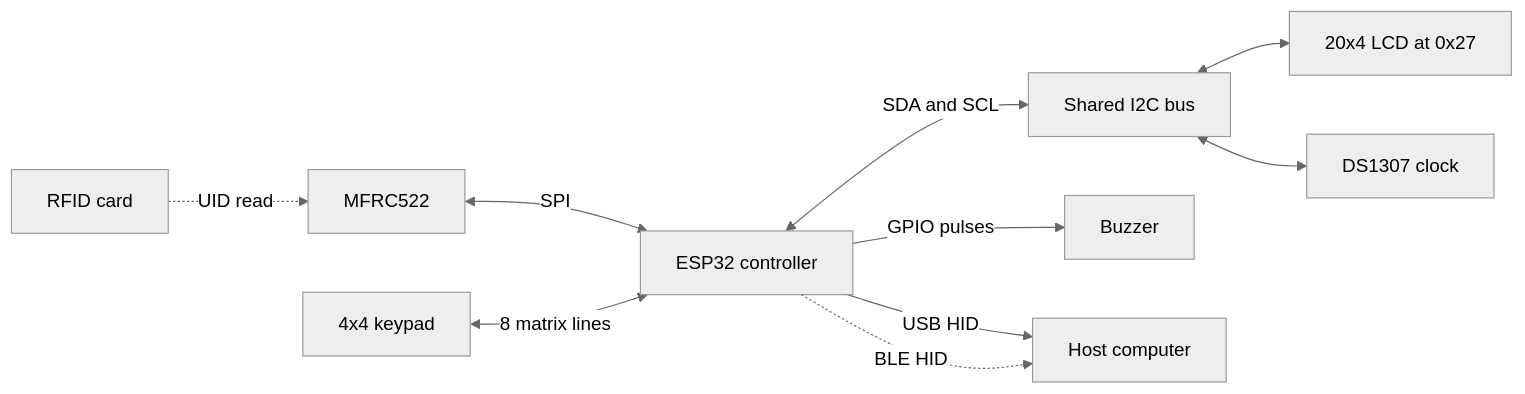
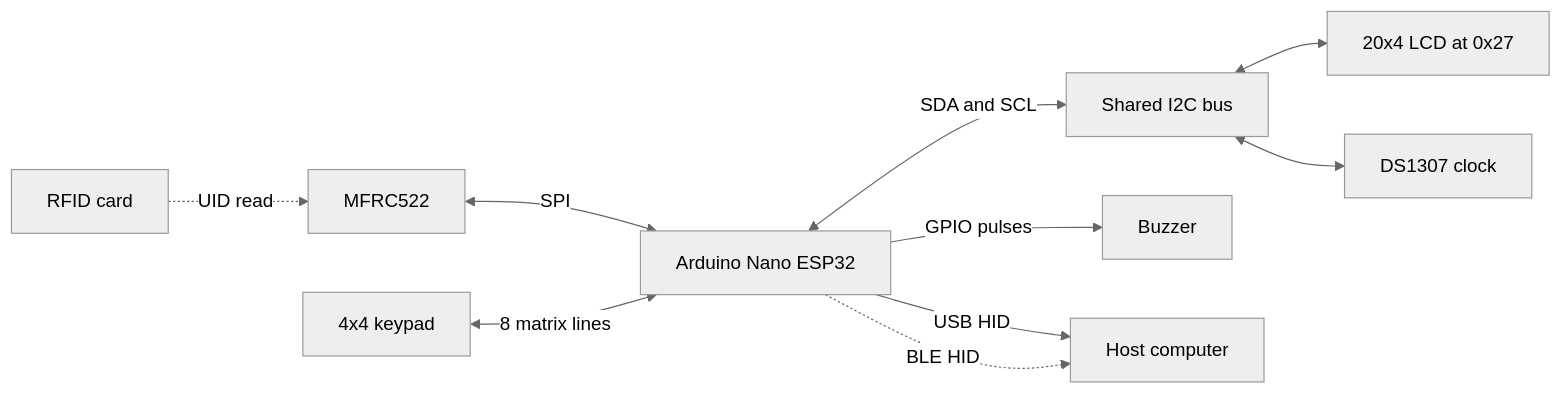
One commit to harrisonkay2112/esp32-rfid-authenticator changed the diagram in docs/hardware.md. Above: the diagram before and after it, drawn with Mermaid (neutral theme). The commit also changed other lines of this file and 10 other files, not shown here.

Commit message:
Add Nano ESP32 pin-to-pin wiring guides

````diff
--- a/docs/hardware.md
+++ b/docs/hardware.md
@@ -25,12 +80,12 @@
 ```mermaid
 flowchart LR
     Card[RFID card] -. UID read .-> Reader[MFRC522]
-    Reader <-->|SPI| MCU[ESP32 controller]
+    Reader <-->|SPI| MCU[Arduino Nano ESP32]
     Keypad[4x4 keypad] <-->|8 matrix lines| MCU
     MCU <-->|SDA and SCL| I2C[Shared I2C bus]
     I2C <--> LCD[20x4 LCD at 0x27]
     I2C <--> RTC[DS1307 clock]
     MCU -->|GPIO pulses| Buzzer[Buzzer]
     MCU -->|USB HID| Host[Host computer]
     MCU -. BLE HID .-> Host
 ```
````
